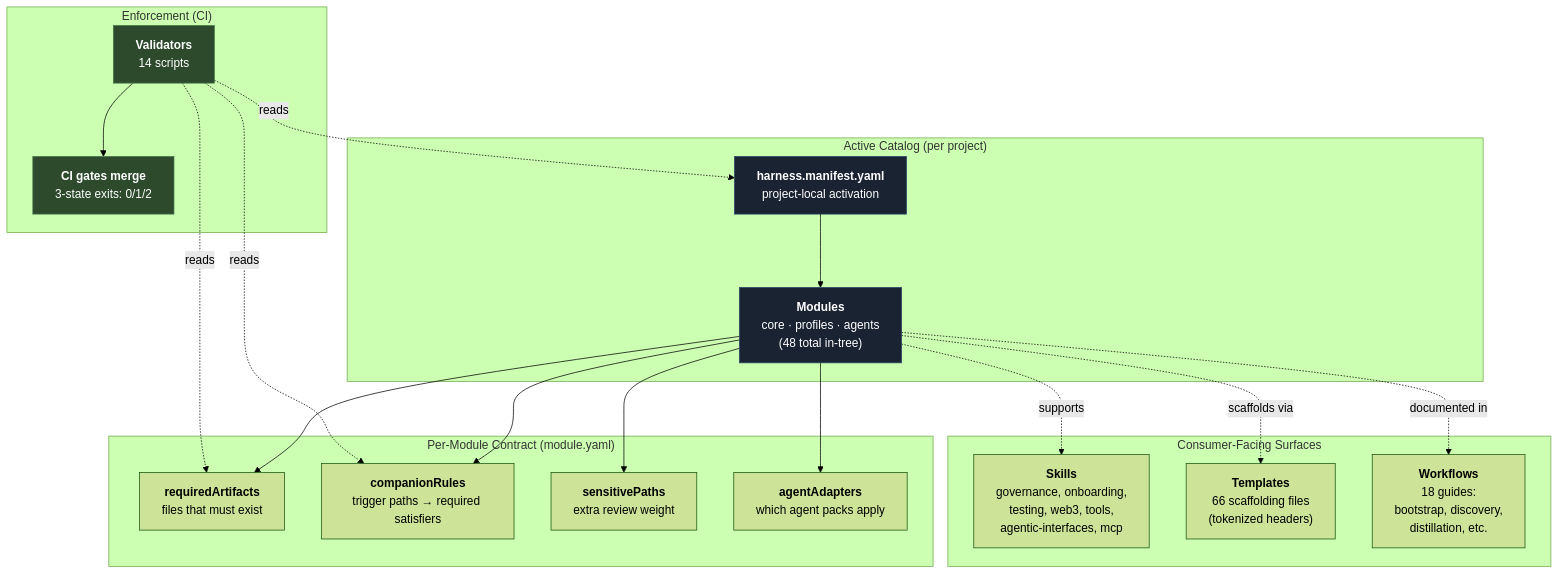
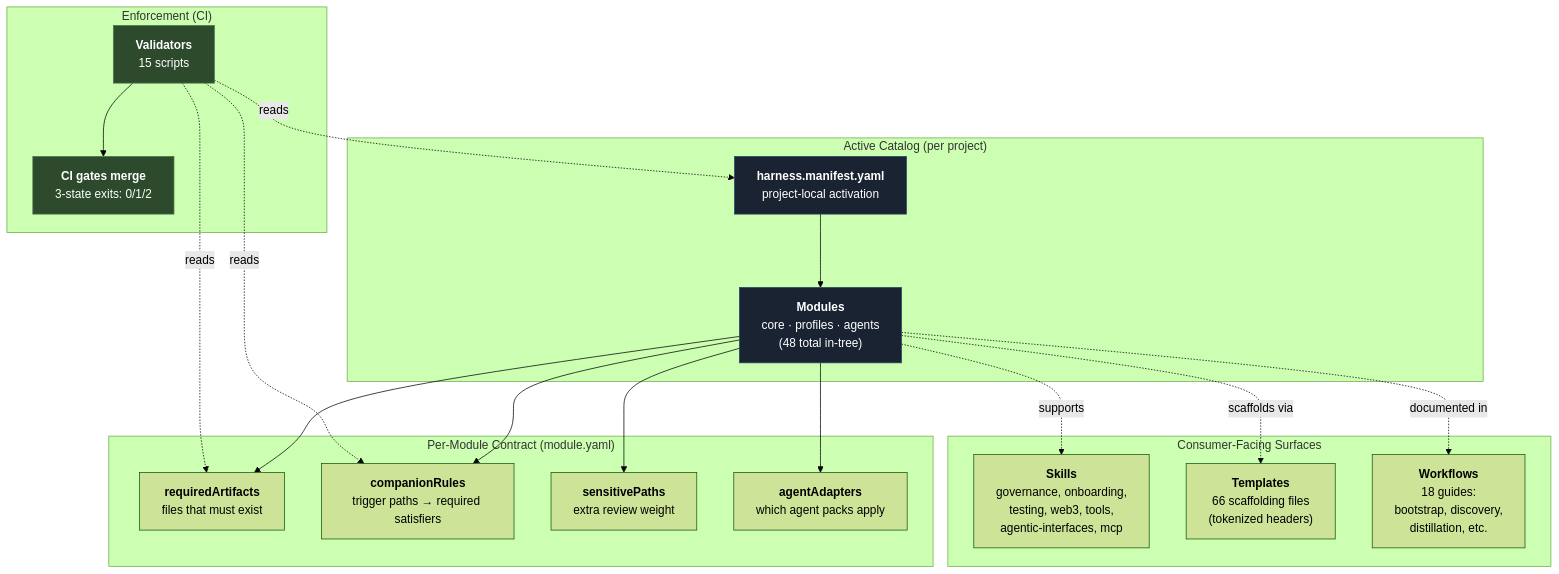
Before and after one commit to unclenate/auto-harness: the first of 12 diagrams in docs/architecture/diagrams.md, drawn with Mermaid (forest theme). The commit also changed 9 other files, not shown here.

````diff
--- a/docs/architecture/diagrams.md
+++ b/docs/architecture/diagrams.md
@@ -49,38 +49,38 @@
 ```mermaid
 flowchart TD
     Manifest["<b>harness.manifest.yaml</b><br/>project-local activation"]
 
     subgraph CATALOG["Active Catalog (per project)"]
         Manifest --> Modules["<b>Modules</b><br/>core · profiles · agents<br/>(48 total in-tree)"]
     end
 
     subgraph CONTRACT["Per-Module Contract (module.yaml)"]
         Modules --> Required["<b>requiredArtifacts</b><br/>files that must exist"]
         Modules --> Companions["<b>companionRules</b><br/>trigger paths → required satisfiers"]
         Modules --> Sensitive["<b>sensitivePaths</b><br/>extra review weight"]
         Modules --> Adapters["<b>agentAdapters</b><br/>which agent packs apply"]
     end
 
     subgraph ENFORCE["Enforcement (CI)"]
-        Validators["<b>Validators</b><br/>14 scripts"]
+        Validators["<b>Validators</b><br/>15 scripts"]
         Validators -.reads.-> Manifest
         Validators -.reads.-> Required
         Validators -.reads.-> Companions
         Validators --> CIGate["<b>CI gates merge</b><br/>3-state exits: 0/1/2"]
     end
 
     subgraph SURFACE["Consumer-Facing Surfaces"]
         Skills["<b>Skills</b><br/>governance, onboarding,<br/>testing, web3, tools,<br/>agentic-interfaces, mcp"]
         Templates["<b>Templates</b><br/>66 scaffolding files<br/>(tokenized headers)"]
         Workflows["<b>Workflows</b><br/>18 guides:<br/>bootstrap, discovery,<br/>distillation, etc."]
     end
 
     Modules -.supports.-> Skills
     Modules -.scaffolds via.-> Templates
     Modules -.documented in.-> Workflows
 
     style Manifest fill:#1a2332,stroke:#2c4a6b,color:#fff
     style Modules fill:#1a2332,stroke:#2c4a6b,color:#fff
     style Validators fill:#2d4a2d,stroke:#4a7a4a,color:#fff
     style CIGate fill:#2d4a2d,stroke:#4a7a4a,color:#fff
 ```
````
